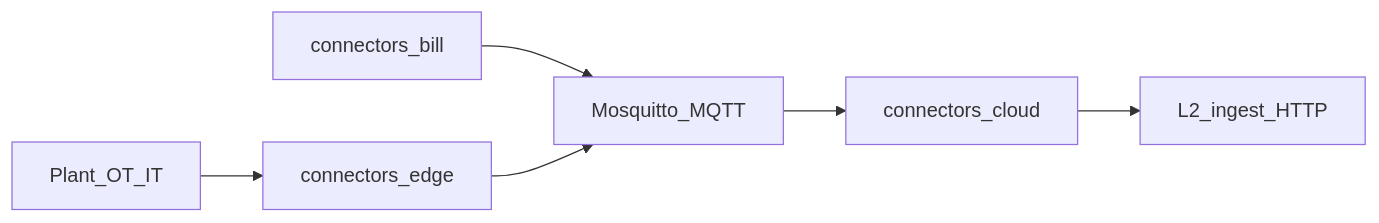
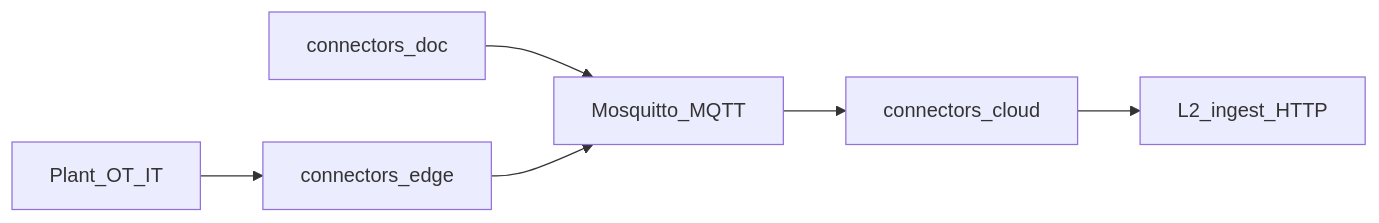
One commit to Stamped-Energy/stamped-external changed the diagram in technical/layers/L1-connect.md. Above: the diagram before and after it, drawn with Mermaid. The commit also changed other lines of this file and 36 other files, not shown here.

Commit message:
docs(l1): connectors-doc across architecture and handoff

````diff
--- a/technical/layers/L1-connect.md
+++ b/technical/layers/L1-connect.md
@@ -28,14 +28,14 @@
 ```mermaid
 flowchart LR
   plant[Plant_OT_IT]
   edge[connectors_edge]
-  bill[connectors_bill]
+  bill[connectors_doc]
   mqtt[Mosquitto_MQTT]
   cloud[connectors_cloud]
   l2[L2_ingest_HTTP]
   plant --> edge
   bill --> mqtt
   edge --> mqtt
   mqtt --> cloud
   cloud --> l2
 ```
````
